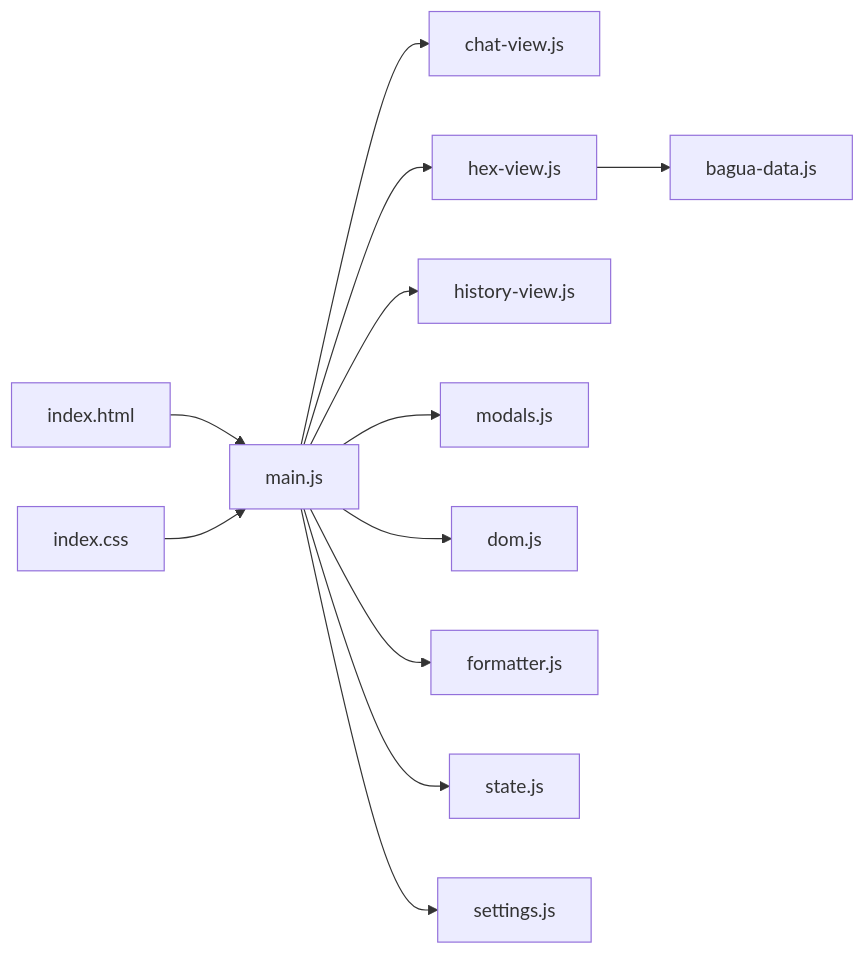
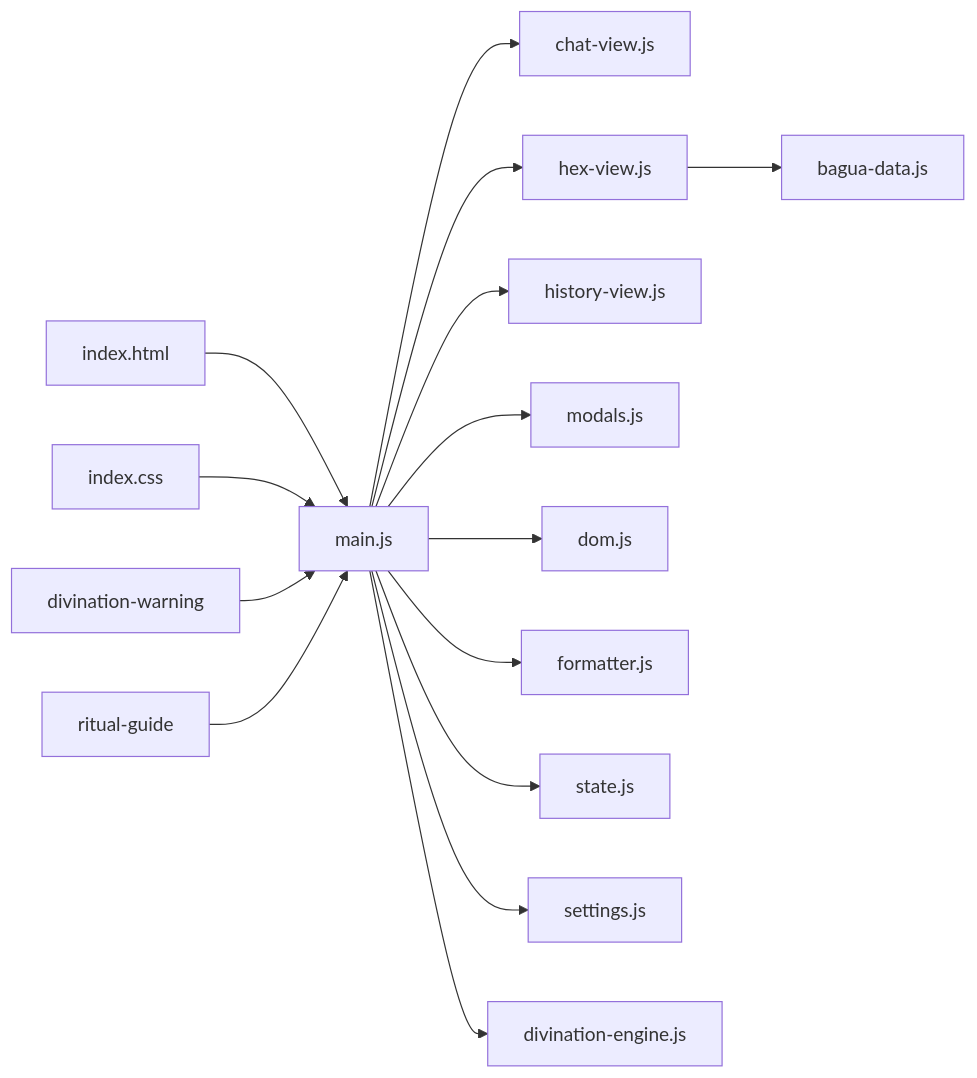
Before and after one commit to ghg618-ui/meihuayili-3.8: the eighth of 8 diagrams in .qoder/repowiki/zh/content/用户界面/用户界面.md, drawn with Mermaid. The commit also changed other lines of this file and 6 other files, not shown here.

````diff
--- a/.qoder/repowiki/zh/content/用户界面/用户界面.md
+++ b/.qoder/repowiki/zh/content/用户界面/用户界面.md
@@ -354,14 +481,17 @@
 ```mermaid
 graph LR
 main_js["main.js"] --> chat_view["chat-view.js"]
 main_js --> hex_view["hex-view.js"]
 main_js --> history_view["history-view.js"]
 main_js --> modals["modals.js"]
 main_js --> dom_utils["dom.js"]
 main_js --> formatter["formatter.js"]
 main_js --> state["state.js"]
 main_js --> settings["settings.js"]
+main_js --> div_engine["divination-engine.js"]
 hex_view --> bagua["bagua-data.js"]
 index_html["index.html"] --> main_js
 index_css["index.css"] --> main_js
+warning_system["divination-warning"] --> main_js
+ritual_guide["ritual-guide"] --> main_js
 ```
````
